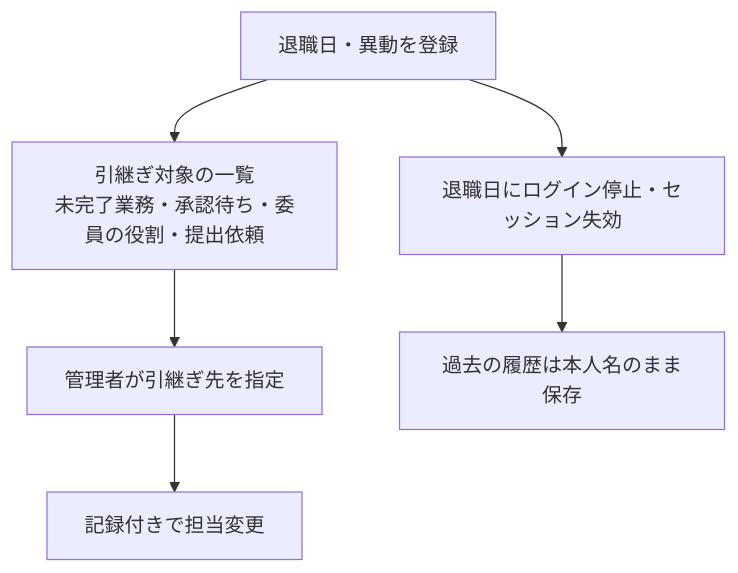
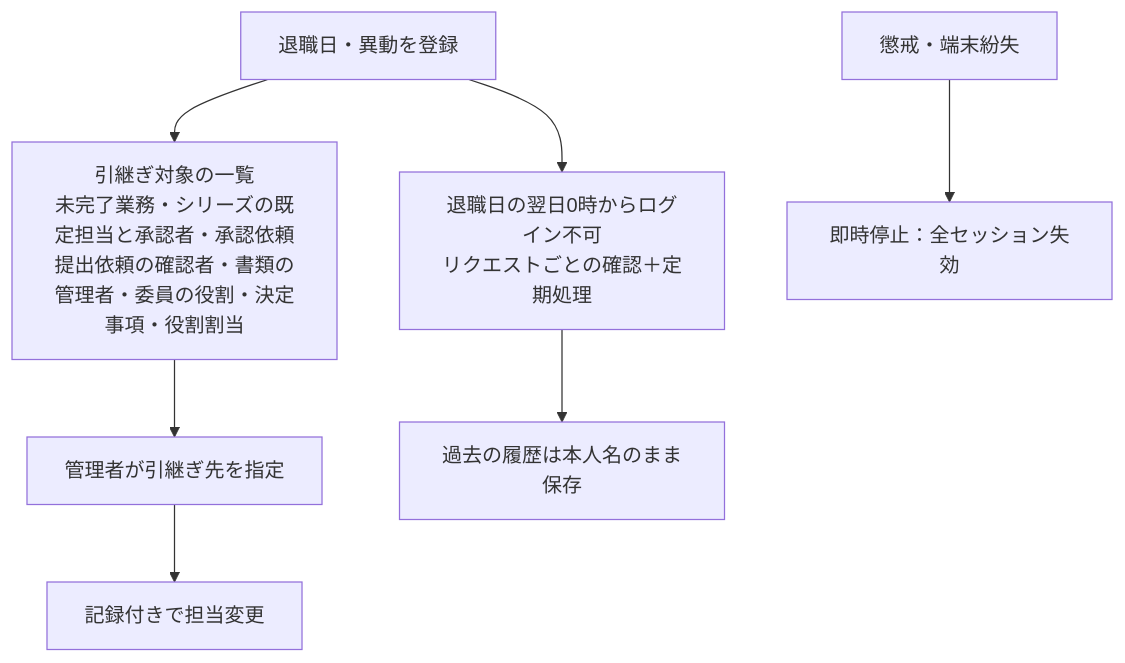
Before and after one commit to mao726/company: the tenth of 11 diagrams in ai-facility-partner/docs/product/user-flows.md, drawn with Mermaid. The commit also changed other lines of this file and 22 other files, not shown here.

````diff
--- a/ai-facility-partner/docs/product/user-flows.md
+++ b/ai-facility-partner/docs/product/user-flows.md
@@ -140,8 +159,9 @@
 ```mermaid
 flowchart TD
-  A[退職日・異動を登録] --> B[退職日にログイン停止・セッション失効]
-  A --> C[引継ぎ対象の一覧<br/>未完了業務・承認待ち・委員の役割・提出依頼]
+  A[退職日・異動を登録] --> B[退職日の翌日0時からログイン不可<br/>リクエストごとの確認＋定期処理]
+  A --> C[引継ぎ対象の一覧<br/>未完了業務・シリーズの既定担当と承認者・承認依頼<br/>提出依頼の確認者・書類の管理者・委員の役割・決定事項・役割割当]
   C --> D[管理者が引継ぎ先を指定]
   D --> E[記録付きで担当変更]
   B --> F[過去の履歴は本人名のまま保存]
+  X[懲戒・端末紛失] --> Y[即時停止：全セッション失効]
 ```
````
